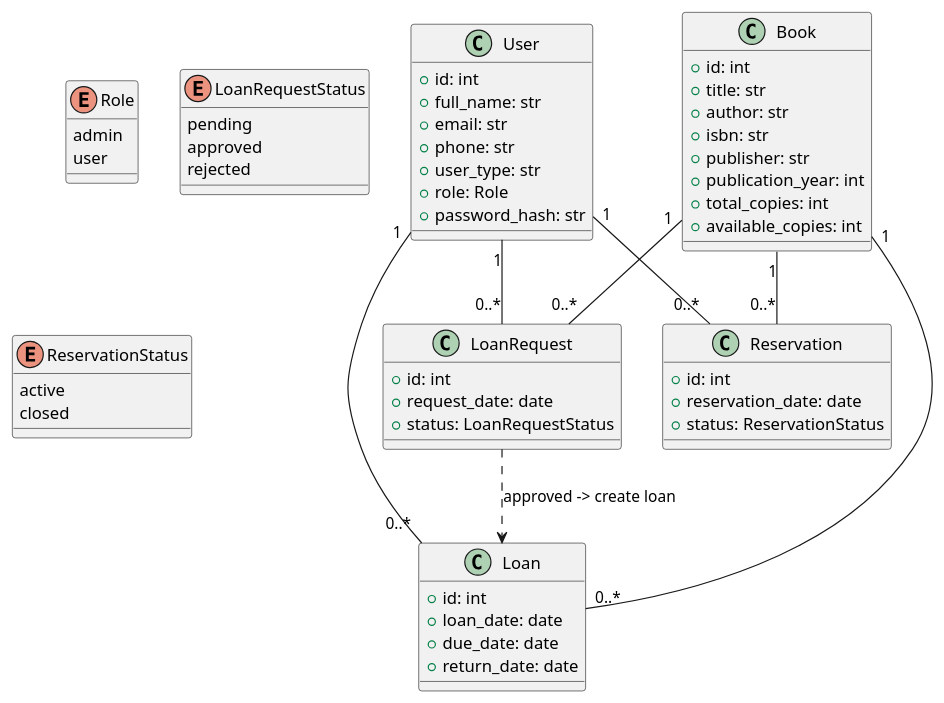
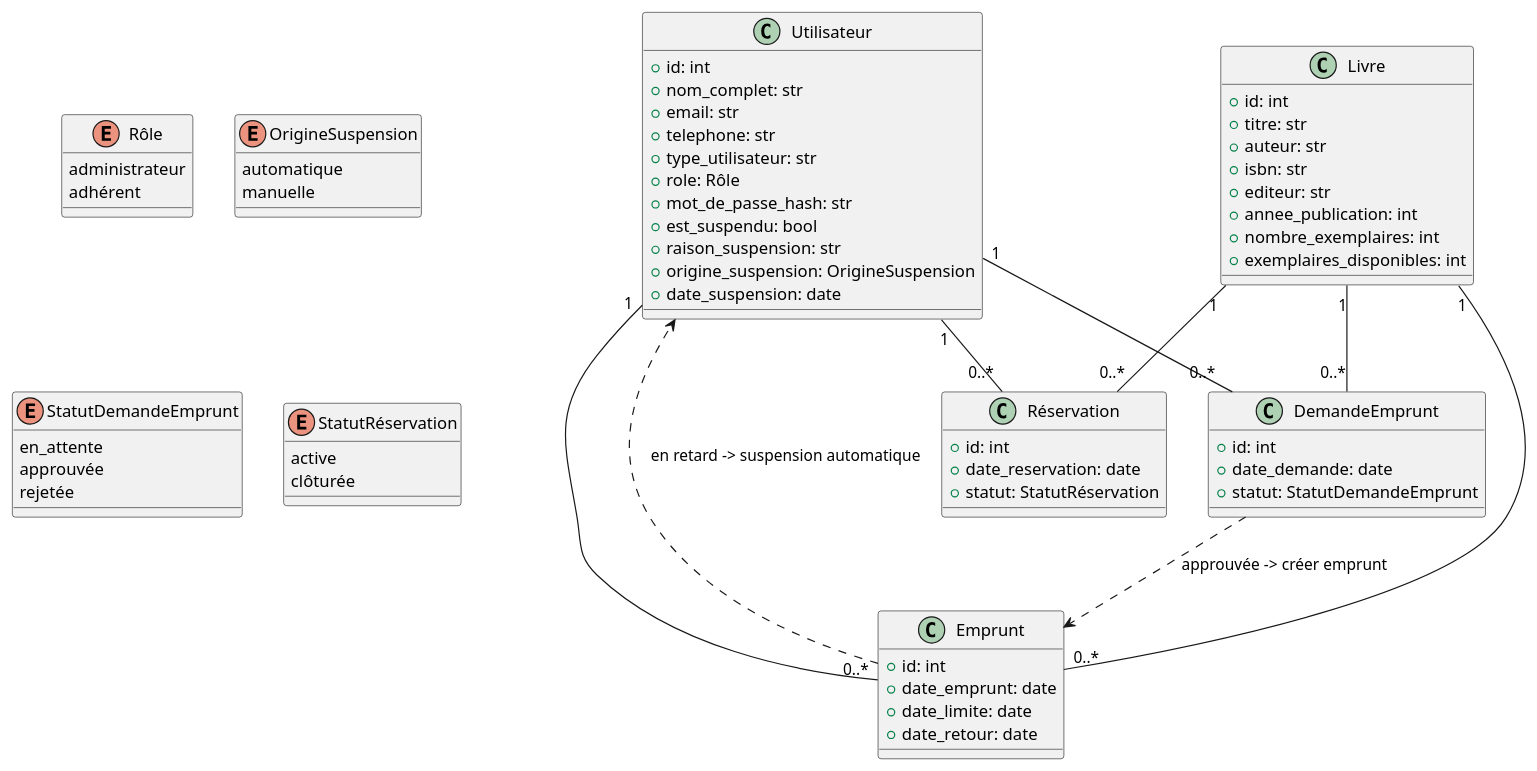
The diagram in diagrams/diagramme_classes.puml (JunRoot29/Gestion-d-une-Bibliotheque), drawn with PlantUML before and after one commit. The commit also changed 14 other files, not shown here.

```diff
--- a/diagrams/diagramme_classes.puml
+++ b/diagrams/diagramme_classes.puml
@@ -1,66 +1,76 @@
 @startuml
-class User {
+class Utilisateur {
   +id: int
-  +full_name: str
+  +nom_complet: str
   +email: str
-  +phone: str
-  +user_type: str
-  +role: Role
-  +password_hash: str
+  +telephone: str
+  +type_utilisateur: str
+  +role: Rôle
+  +mot_de_passe_hash: str
+  +est_suspendu: bool
+  +raison_suspension: str
+  +origine_suspension: OrigineSuspension
+  +date_suspension: date
 }
 
-enum Role {
-  admin
-  user
+enum Rôle {
+  administrateur
+  adhérent
 }
 
-class Book {
-  +id: int
-  +title: str
-  +author: str
-  +isbn: str
-  +publisher: str
-  +publication_year: int
-  +total_copies: int
-  +available_copies: int
+enum OrigineSuspension {
+  automatique
+  manuelle
 }
 
-class LoanRequest {
+class Livre {
   +id: int
-  +request_date: date
-  +status: LoanRequestStatus
+  +titre: str
+  +auteur: str
+  +isbn: str
+  +editeur: str
+  +annee_publication: int
+  +nombre_exemplaires: int
+  +exemplaires_disponibles: int
 }
 
-enum LoanRequestStatus {
-  pending
-  approved
-  rejected
+class DemandeEmprunt {
+  +id: int
+  +date_demande: date
+  +statut: StatutDemandeEmprunt
 }
 
-class Loan {
-  +id: int
-  +loan_date: date
-  +due_date: date
-  +return_date: date
+enum StatutDemandeEmprunt {
+  en_attente
+  approuvée
+  rejetée
 }
 
-class Reservation {
+class Emprunt {
   +id: int
-  +reservation_date: date
-  +status: ReservationStatus
+  +date_emprunt: date
+  +date_limite: date
+  +date_retour: date
 }
 
-enum ReservationStatus {
-  active
-  closed
+class Réservation {
+  +id: int
+  +date_reservation: date
+  +statut: StatutRéservation
 }
 
-User "1" -- "0..*" LoanRequest
-Book "1" -- "0..*" LoanRequest
-User "1" -- "0..*" Loan
-Book "1" -- "0..*" Loan
-User "1" -- "0..*" Reservation
-Book "1" -- "0..*" Reservation
+enum StatutRéservation {
+  active
+  clôturée
+}
 
-LoanRequest ..> Loan : approved -> create loan
+Utilisateur "1" -- "0..*" DemandeEmprunt
+Livre "1" -- "0..*" DemandeEmprunt
+Utilisateur "1" -- "0..*" Emprunt
+Livre "1" -- "0..*" Emprunt
+Utilisateur "1" -- "0..*" Réservation
+Livre "1" -- "0..*" Réservation
+
+DemandeEmprunt ..> Emprunt : approuvée -> créer emprunt
+Emprunt ..> Utilisateur : en retard -> suspension automatique
 @enduml
```
